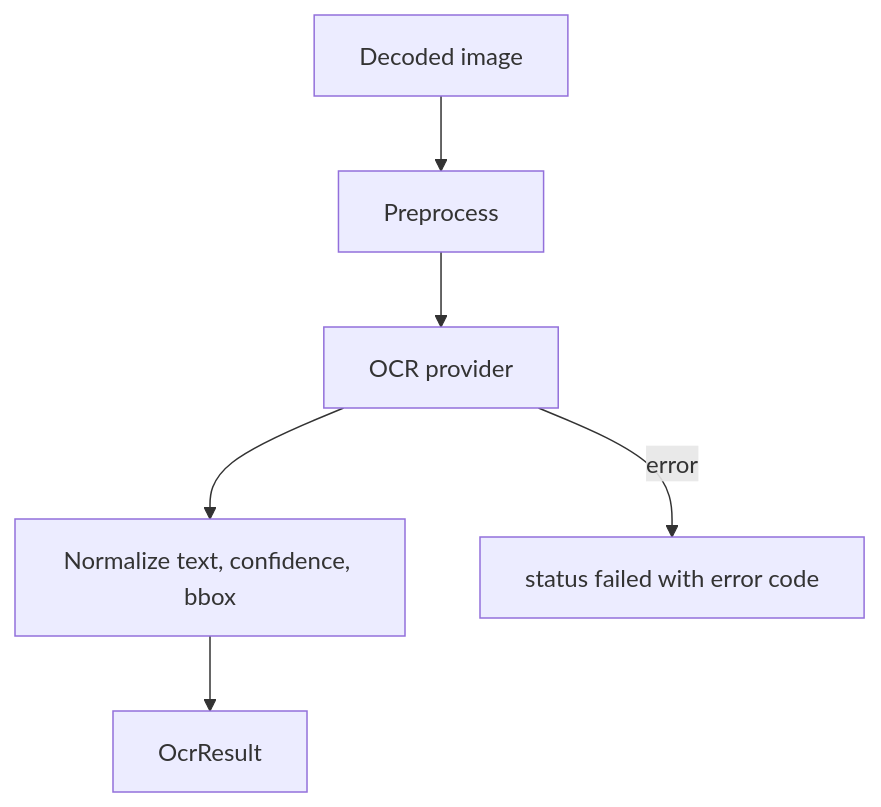
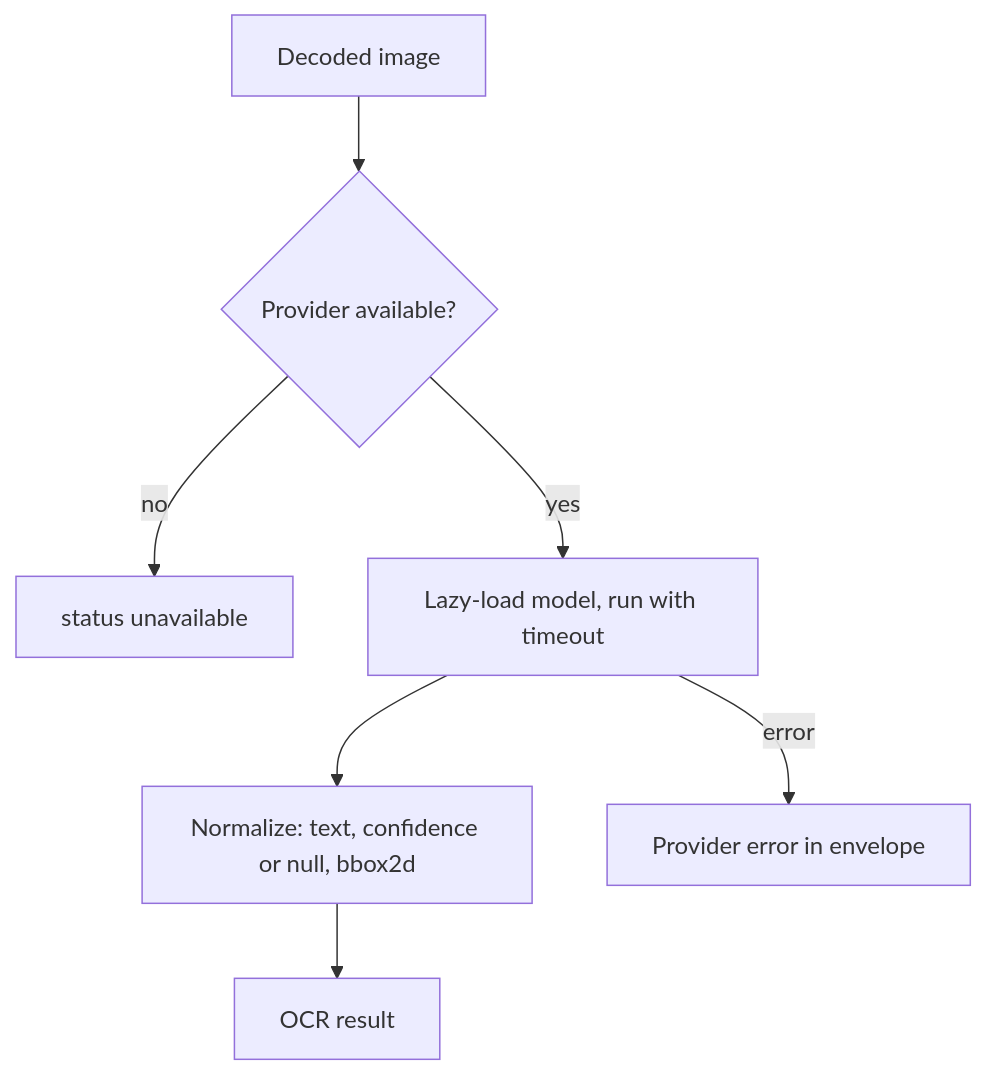
The second of 9 diagrams in docs/PROCESS_FLOWS.md (TKJ-Networkers31/VISTA_Project), drawn with Mermaid before and after one commit. The commit also changed other lines of this file and 44 other files, not shown here.

````diff
--- a/docs/PROCESS_FLOWS.md
+++ b/docs/PROCESS_FLOWS.md
@@ -23,5 +29,9 @@
 ```mermaid
 flowchart TD
-  I[Decoded image] --> PRE[Preprocess] --> OCR[OCR provider] --> NORM[Normalize text, confidence, bbox] --> OUT[OcrResult]
-  OCR -->|error| ERR[status failed with error code]
+  I[Decoded image] --> R{Provider available?}
+  R -->|no| U[status unavailable]
+  R -->|yes| P[Lazy-load model, run with timeout]
+  P --> N[Normalize: text, confidence or null, bbox2d]
+  P -->|error| E[Provider error in envelope]
+  N --> OUT[OCR result]
 ```
````
